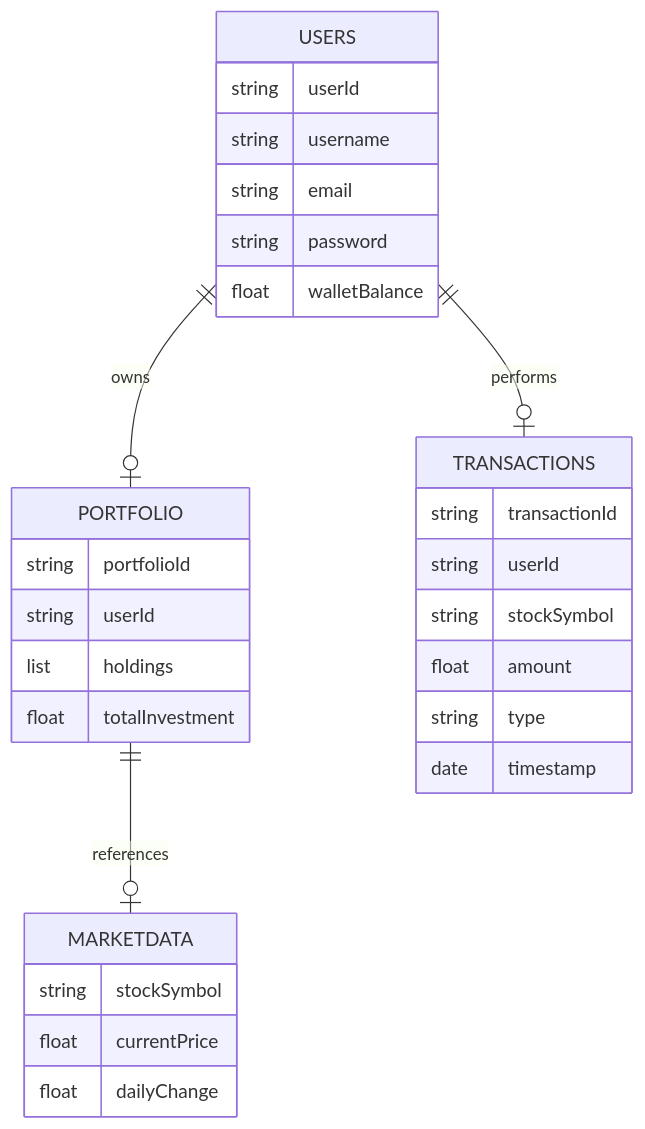
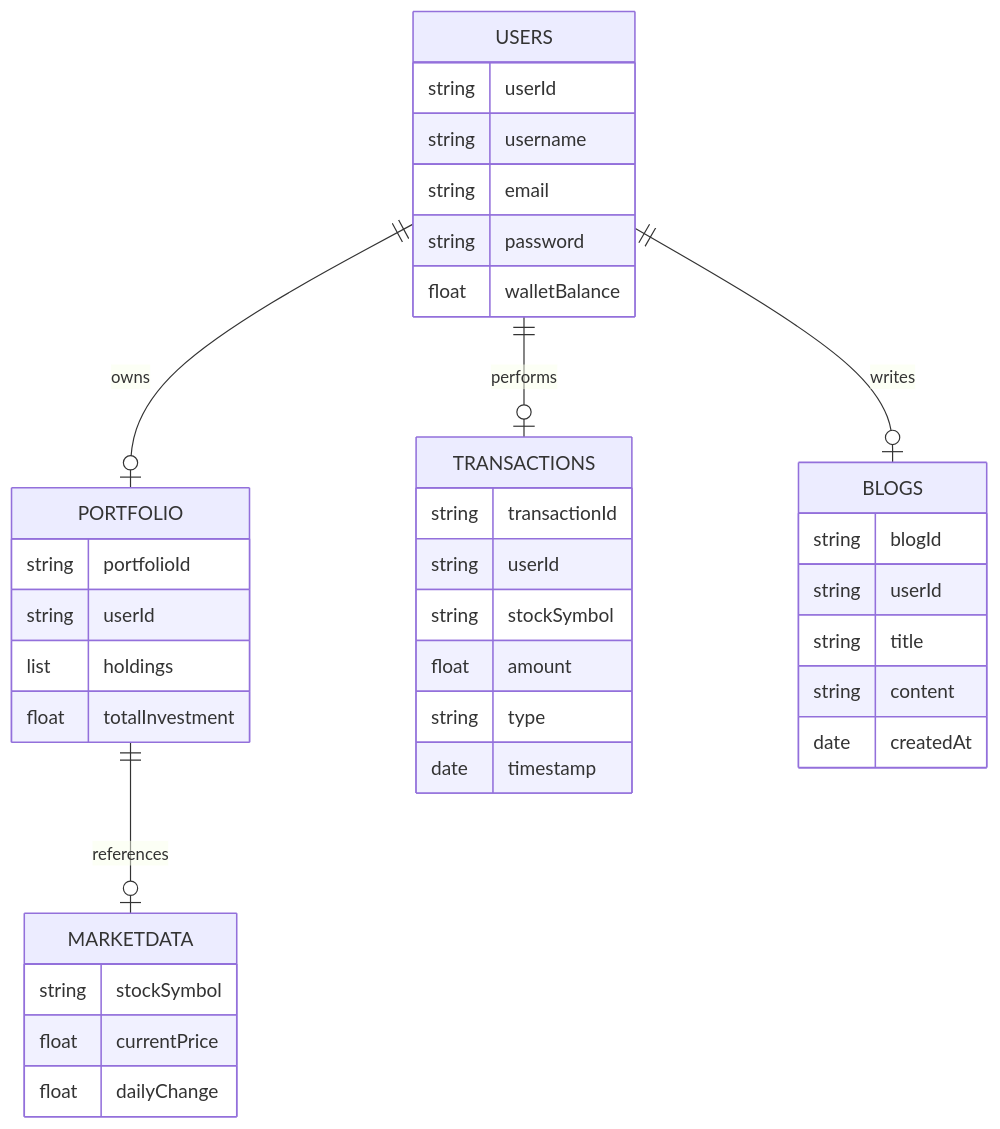
Before and after one commit to IIITLucknowSWEngg/CSITTeam011: the second of 2 diagrams in Design.md, drawn with Mermaid. The commit also changed other lines of this file, not shown here.

````diff
--- a/Design.md
+++ b/Design.md
@@ -79,36 +111,45 @@
 ```mermaid
 erDiagram
     USERS ||--o| PORTFOLIO : owns
     USERS ||--o| TRANSACTIONS : performs
     PORTFOLIO ||--o| MARKETDATA : references
+    USERS ||--o| BLOGS : writes
 
     USERS {
       string userId
       string username
       string email
       string password
       float walletBalance
     }
 
     PORTFOLIO {
       string portfolioId
       string userId
       list holdings
       float totalInvestment
     }
 
     TRANSACTIONS {
       string transactionId
       string userId
       string stockSymbol
       float amount
       string type
       date timestamp
     }
 
     MARKETDATA {
       string stockSymbol
       float currentPrice
       float dailyChange
     }
+
+    BLOGS {
+      string blogId
+      string userId
+      string title
+      string content
+      date createdAt
+    }
 ```
````
